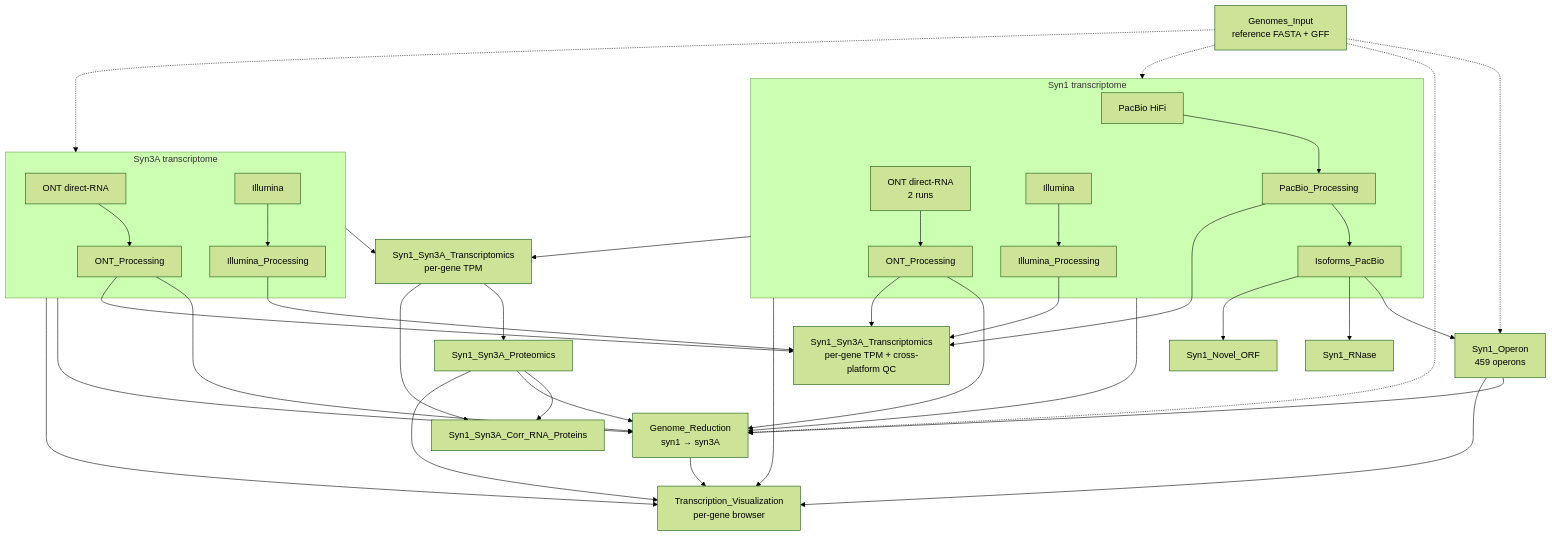
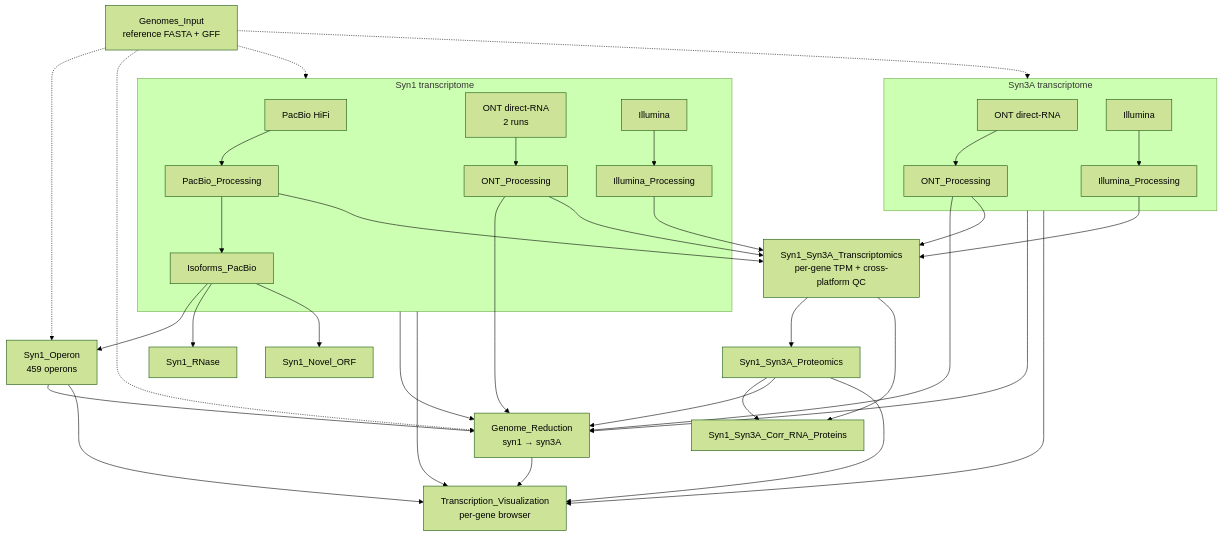
One commit to Luthey-Schulten-Lab/JCVI-Syn1_Syn3A_Transcriptomics_Proteomics changed the diagram in README.md. Above: the diagram before and after it, drawn with Mermaid (forest theme). The commit also changed other lines of this file and 2 other files, not shown here.

````diff
--- a/README.md
+++ b/README.md
@@ -67,49 +68,48 @@
 ```mermaid
 flowchart TD
     GEN["Genomes_Input<br/>reference FASTA + GFF"]
 
     subgraph SYN1["Syn1 transcriptome"]
         PB["PacBio HiFi"] --> PBP["PacBio_Processing"] --> ISO["Isoforms_PacBio"]
         ONT1["ONT direct-RNA<br/>2 runs"] --> ONTP1["ONT_Processing"]
         ILL1["Illumina"] --> ILP1["Illumina_Processing"]
     end
 
     subgraph SYN3["Syn3A transcriptome"]
         ONT["ONT direct-RNA"] --> ONTP["ONT_Processing"]
         ILL3["Illumina"] --> ILP3["Illumina_Processing"]
     end
 
     PROT["Syn1_Syn3A_Proteomics"]
 
     ISO --> OPN["Syn1_Operon<br/>459 operons"]
     ISO --> RNASE["Syn1_RNase"]
     ISO --> NOV["Syn1_Novel_ORF"]
-    SYN1 --> TPM["Syn1_Syn3A_Transcriptomics<br/>per-gene TPM"]
-    SYN3 --> TPM
+    TPM["Syn1_Syn3A_Transcriptomics<br/>per-gene TPM + cross-platform QC"]
     TPM --> PROT
     TPM --> CORR["Syn1_Syn3A_Corr_RNA_Proteins"]
     PROT --> CORR
     OPN --> GR["Genome_Reduction<br/>syn1 → syn3A"]
     PROT --> GR
     SYN1 --> GR
     SYN3 --> GR
     ONTP1 --> GR
     ONTP --> GR
 
     SYN1 --> VIZ["Transcription_Visualization<br/>per-gene browser"]
     SYN3 --> VIZ
     OPN --> VIZ
     PROT --> VIZ
     GR --> VIZ
 
-    PBP --> RC["Syn1_Syn3A_Transcriptomics<br/>per-gene TPM + cross-platform QC"]
-    ILP1 --> RC
-    ONTP1 --> RC
-    ILP3 --> RC
-    ONTP --> RC
+    PBP --> TPM
+    ILP1 --> TPM
+    ONTP1 --> TPM
+    ILP3 --> TPM
+    ONTP --> TPM
 
     GEN -.-> SYN1
     GEN -.-> SYN3
     GEN -.-> OPN
     GEN -.-> GR
 ```
````
